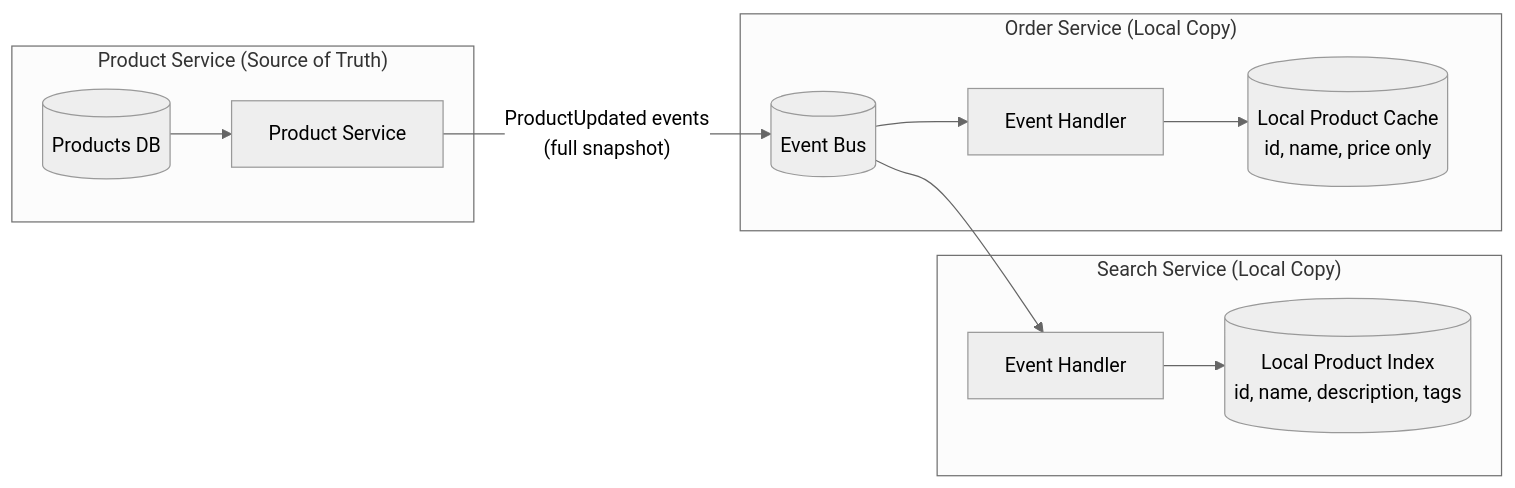
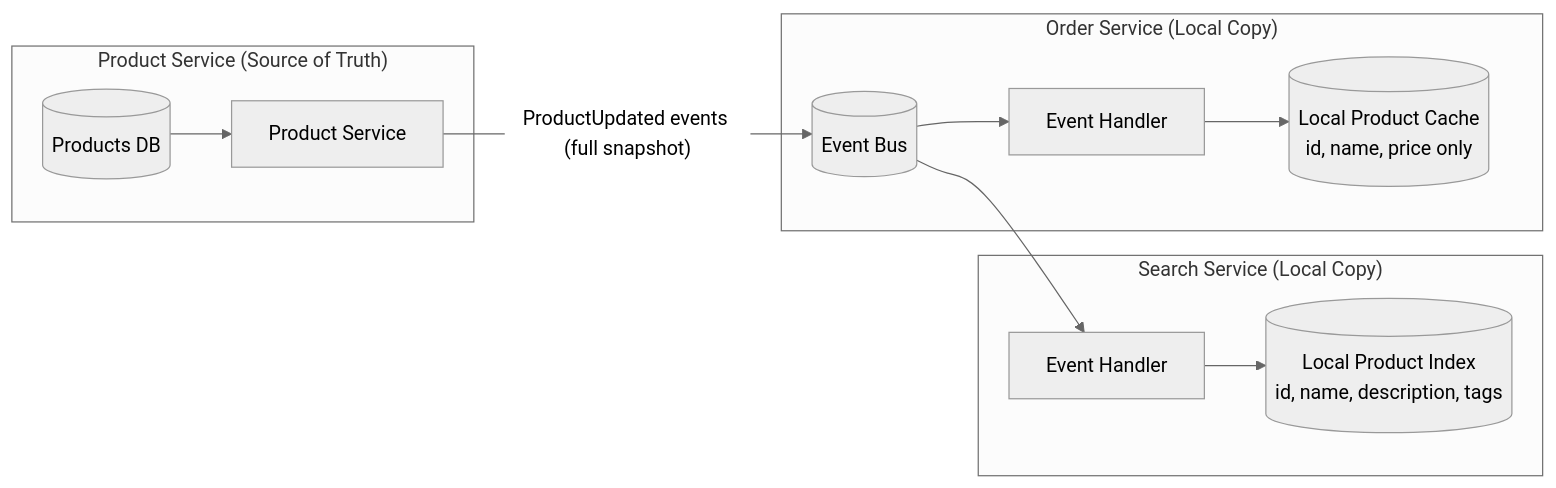
Before and after one commit to vladiant/vladiant: diagram 11 of 12 in software_architecture/08_service_communication_data_sharing.md, drawn with Mermaid (neutral theme). The commit also changed other lines of this file and 2 other files, not shown here.

Commit message:
Fix mermaid renderings

````diff
--- a/software_architecture/08_service_communication_data_sharing.md
+++ b/software_architecture/08_service_communication_data_sharing.md
@@ -256,20 +260,20 @@
 ```mermaid
 graph LR
     subgraph "Product Service (Source of Truth)"
         PDB[(Products DB)]
         PS[Product Service]
         PDB --> PS
     end
 
-    PS -- "ProductUpdated events<br/>(full snapshot)" --> BUS[(Event Bus)]
+    PS -- "ProductUpdated events (full snapshot)" --> BUS[(Event Bus)]
 
     subgraph "Order Service (Local Copy)"
         BUS --> OC[Event Handler]
         OC --> LPDB[(Local Product Cache<br/>id, name, price only)]
     end
 
     subgraph "Search Service (Local Copy)"
         BUS --> SC[Event Handler]
         SC --> LSDB[(Local Product Index<br/>id, name, description, tags)]
     end
 ```
````
